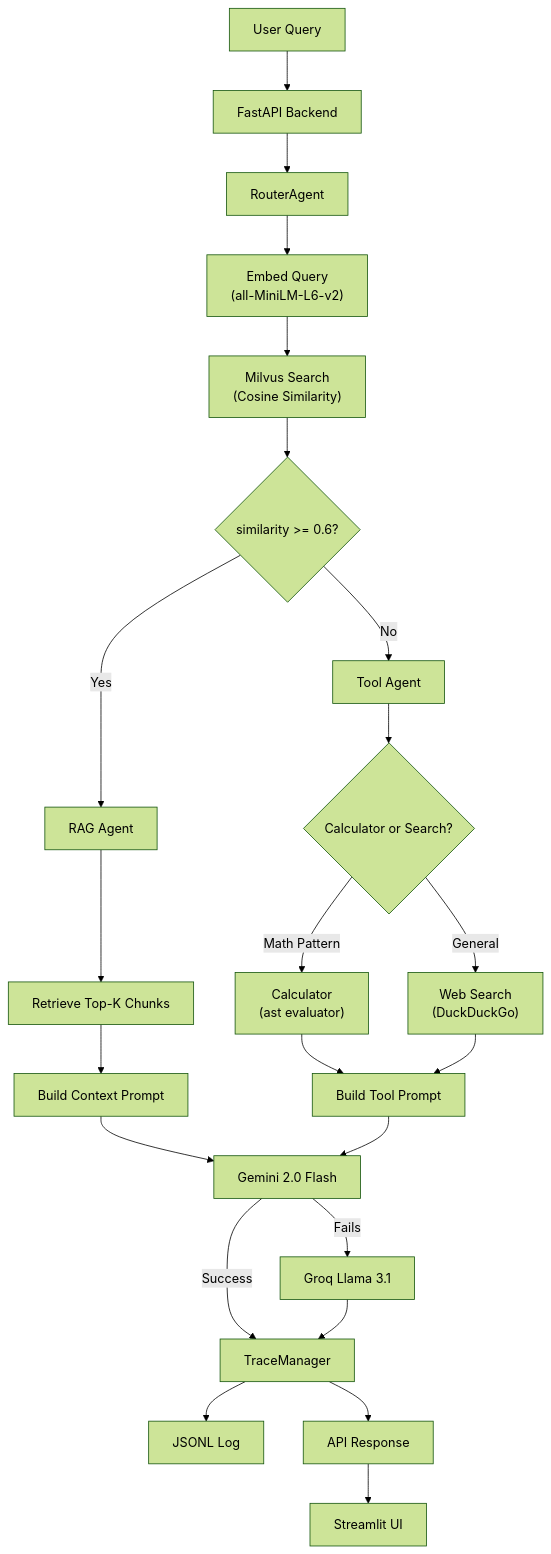
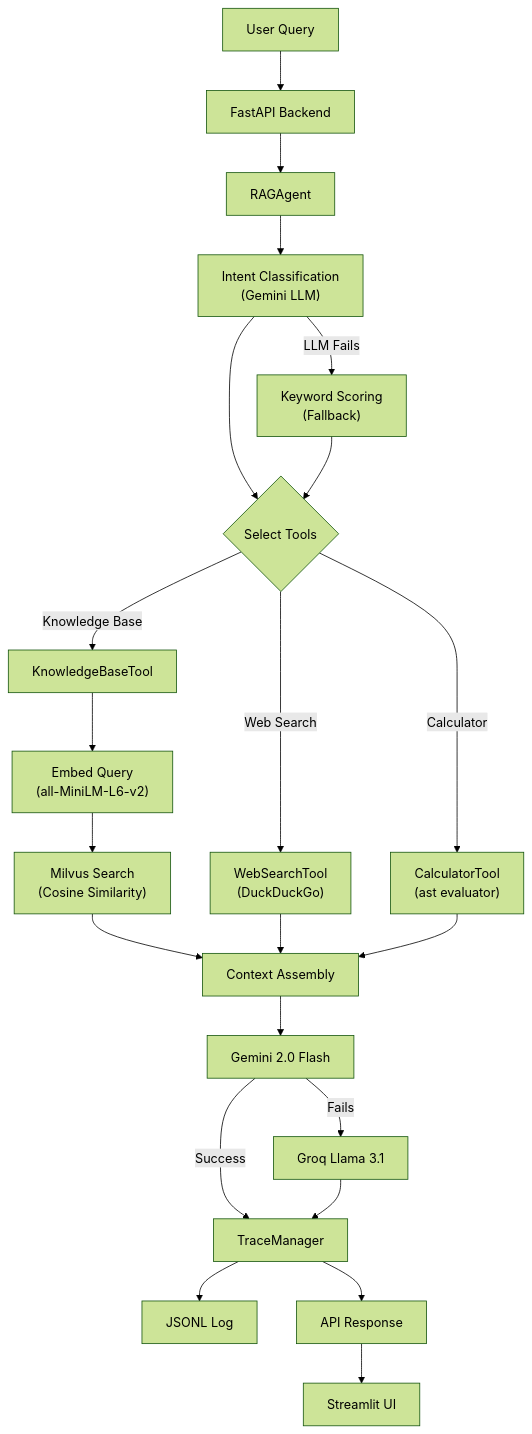
One commit to Jigil-ak/Mini-Agentic-Rag-Application changed the first of 2 diagrams in README.md. Above: the diagram before and after it, drawn with Mermaid (forest theme). The commit also changed other lines of this file and 18 other files, not shown here.

````diff
--- a/README.md
+++ b/README.md
@@ -18,29 +20,29 @@
 ```mermaid
 flowchart TD
     A["User Query"] --> B["FastAPI Backend"]
-    B --> C["RouterAgent"]
-    C --> D["Embed Query<br/>(all-MiniLM-L6-v2)"]
-    D --> E["Milvus Search<br/>(Cosine Similarity)"]
-    E --> F{similarity >= 0.6?}
+    B --> C["RAGAgent"]
+    C --> D["Intent Classification<br/>(Gemini LLM)"]
+    D -->|LLM Fails| E["Keyword Scoring<br/>(Fallback)"]
+    D --> F{"Select Tools"}
+    E --> F
 
-    F -->|Yes| G["RAG Agent"]
-    G --> H["Retrieve Top-K Chunks"]
-    H --> I["Build Context Prompt"]
+    F -->|Knowledge Base| G["KnowledgeBaseTool"]
+    G --> H["Embed Query<br/>(all-MiniLM-L6-v2)"]
+    H --> I["Milvus Search<br/>(Cosine Similarity)"]
 
-    F -->|No| J["Tool Agent"]
-    J --> K{Calculator or Search?}
-    K -->|Math Pattern| L["Calculator<br/>(ast evaluator)"]
-    K -->|General| M["Web Search<br/>(DuckDuckGo)"]
-    L --> N["Build Tool Prompt"]
-    M --> N
+    F -->|Web Search| J["WebSearchTool<br/>(DuckDuckGo)"]
+    F -->|Calculator| K["CalculatorTool<br/>(ast evaluator)"]
 
-    I --> O["Gemini 2.0 Flash"]
+    I --> L["Context Assembly"]
+    J --> L
+    K --> L
+
+    L --> M["Gemini 2.0 Flash"]
+    M -->|Fails| N["Groq Llama 3.1"]
+    M -->|Success| O["TraceManager"]
     N --> O
-    O -->|Fails| P["Groq Llama 3.1"]
-    O -->|Success| Q["TraceManager"]
-    P --> Q
 
-    Q --> R["JSONL Log"]
-    Q --> S["API Response"]
-    S --> T["Streamlit UI"]
+    O --> P["JSONL Log"]
+    O --> Q["API Response"]
+    Q --> R["Streamlit UI"]
 ```
````
